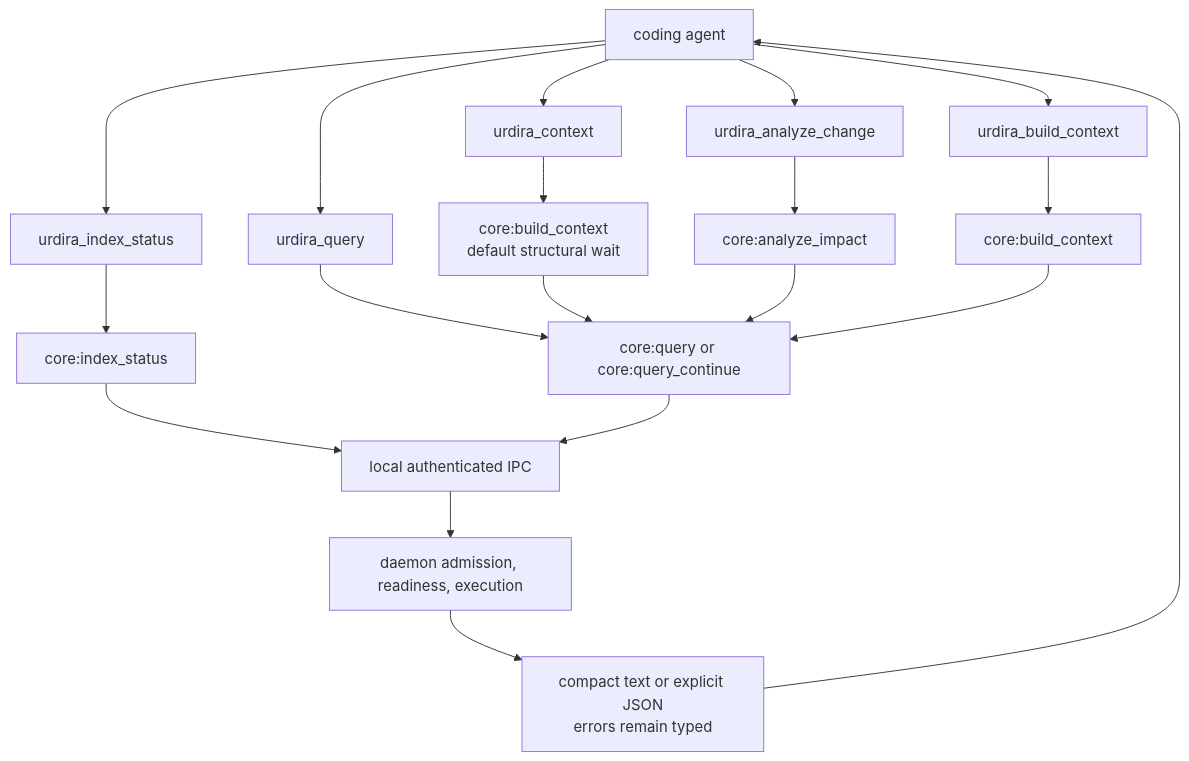
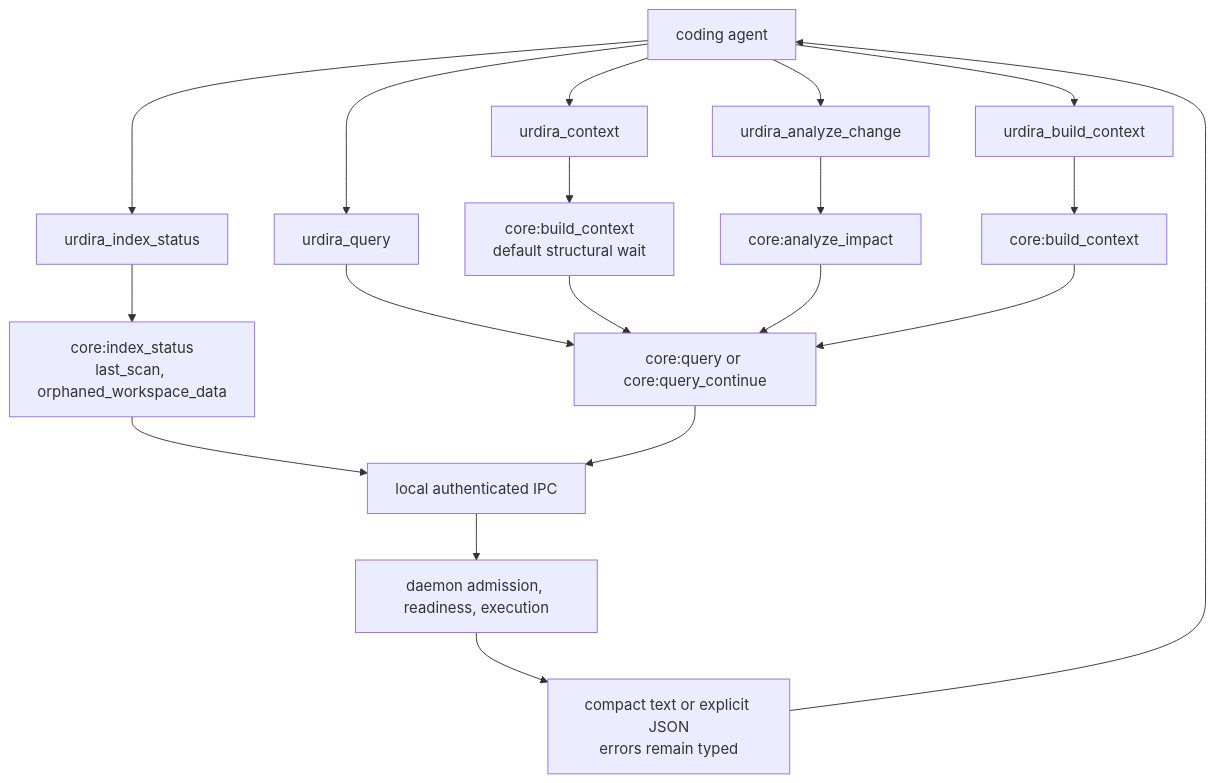
The sixth of 6 diagrams in docs/architecture.md (CristianBB/urdira), drawn with Mermaid before and after one commit. The commit also changed other lines of this file and 16 other files, not shown here.

````diff
--- a/docs/architecture.md
+++ b/docs/architecture.md
@@ -237,21 +320,21 @@
 ```mermaid
 flowchart TD
   Agent["coding agent"] --> Status["urdira_index_status"]
   Agent --> QueryTool["urdira_query"]
   Agent --> Context["urdira_context"]
   Agent --> Impact["urdira_analyze_change"]
   Agent --> Build["urdira_build_context"]
-  Status --> IndexCall["core:index_status"]
+  Status --> IndexCall["core:index_status\nlast_scan, orphaned_workspace_data"]
   QueryTool --> QueryCall["core:query or core:query_continue"]
   Context --> ContextIntent["core:build_context\ndefault structural wait"]
   Impact --> ImpactIntent["core:analyze_impact"]
   Build --> BuildIntent["core:build_context"]
   ContextIntent --> QueryCall
   ImpactIntent --> QueryCall
   BuildIntent --> QueryCall
   IndexCall --> IPC["local authenticated IPC"]
   QueryCall --> IPC
   IPC --> DaemonRuntime["daemon admission, readiness, execution"]
   DaemonRuntime --> Render["compact text or explicit JSON\nerrors remain typed"]
   Render --> Agent
 ```
````
